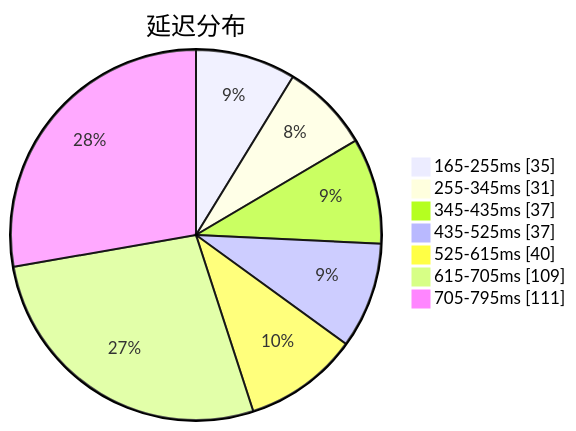
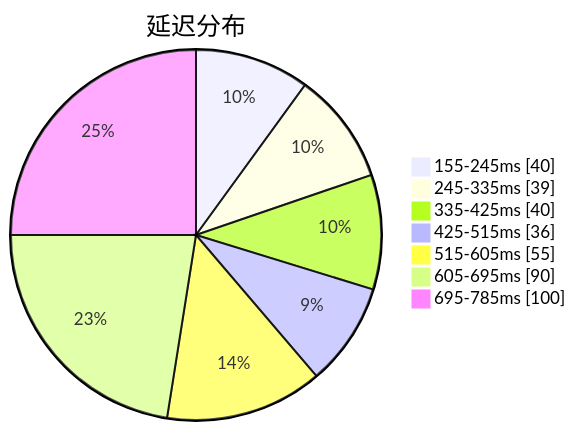
Before and after one commit to qjlxg/airport: the first of 3 diagrams in subs/statistics/tested_within.md, drawn with Mermaid. The commit also changed other lines of this file and 2 other files, not shown here.

````diff
--- a/subs/statistics/tested_within.md
+++ b/subs/statistics/tested_within.md
@@ -2,11 +2,11 @@
 ```mermaid
 pie showData
 title 延迟分布
-"165-255ms" : 35
-"255-345ms" : 31
-"345-435ms" : 37
-"435-525ms" : 37
-"525-615ms" : 40
-"615-705ms" : 109
-"705-795ms" : 111
+"155-245ms" : 40
+"245-335ms" : 39
+"335-425ms" : 40
+"425-515ms" : 36
+"515-605ms" : 55
+"605-695ms" : 90
+"695-785ms" : 100
 ```
````
